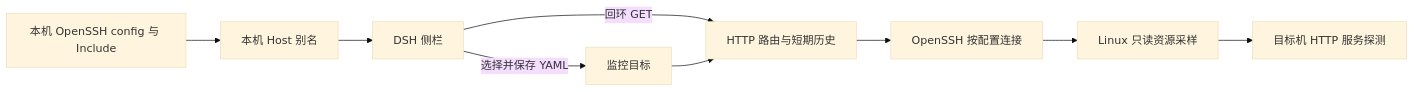
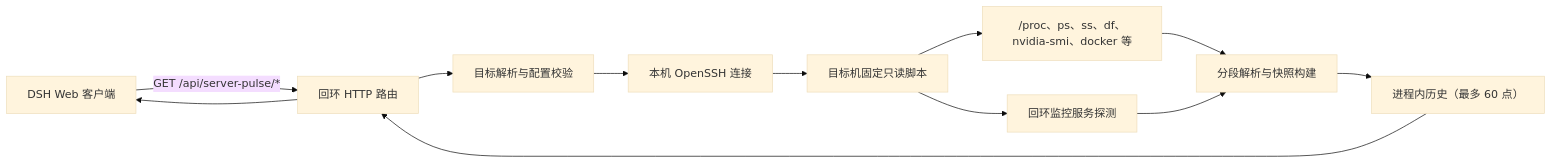
One commit to xiaowill/dsh-server-pulse changed the diagram in docs/architecture.md. Above: the diagram before and after it, drawn with Mermaid (base theme). The commit also changed other lines of this file and 22 other files, not shown here.

Commit message:
Release dsh-server-pulse v1.3.0

````diff
--- a/docs/architecture.md
+++ b/docs/architecture.md
@@ -5,11 +7,14 @@
 ```mermaid
 flowchart LR
-    SSHConfig["本机 OpenSSH config 与 Include"] --> Discover["本机 Host 别名"]
-    Discover --> UI["DSH 侧栏"]
-    UI -->|"选择并保存 YAML"| Targets["监控目标"]
-    UI -->|"回环 GET"| Host["HTTP 路由与短期历史"]
-    Targets --> Host
-    Host --> SSH["OpenSSH 按配置连接"]
-    SSH --> Linux["Linux 只读资源采样"]
-    Linux --> Services["目标机 HTTP 服务探测"]
+    UI["DSH Web 客户端"] -->|"GET /api/server-pulse/*"| API["回环 HTTP 路由"]
+    API --> Targets["目标解析与配置校验"]
+    Targets --> SSH["本机 OpenSSH 连接"]
+    SSH --> Remote["目标机固定只读脚本"]
+    Remote --> Metrics["/proc、ps、ss、df、nvidia-smi、docker 等"]
+    Remote --> Services["回环监控服务探测"]
+    Metrics --> Parse["分段解析与快照构建"]
+    Services --> Parse
+    Parse --> Cache["进程内历史（最多 60 点）"]
+    Cache --> API
+    API --> UI
 ```
````
